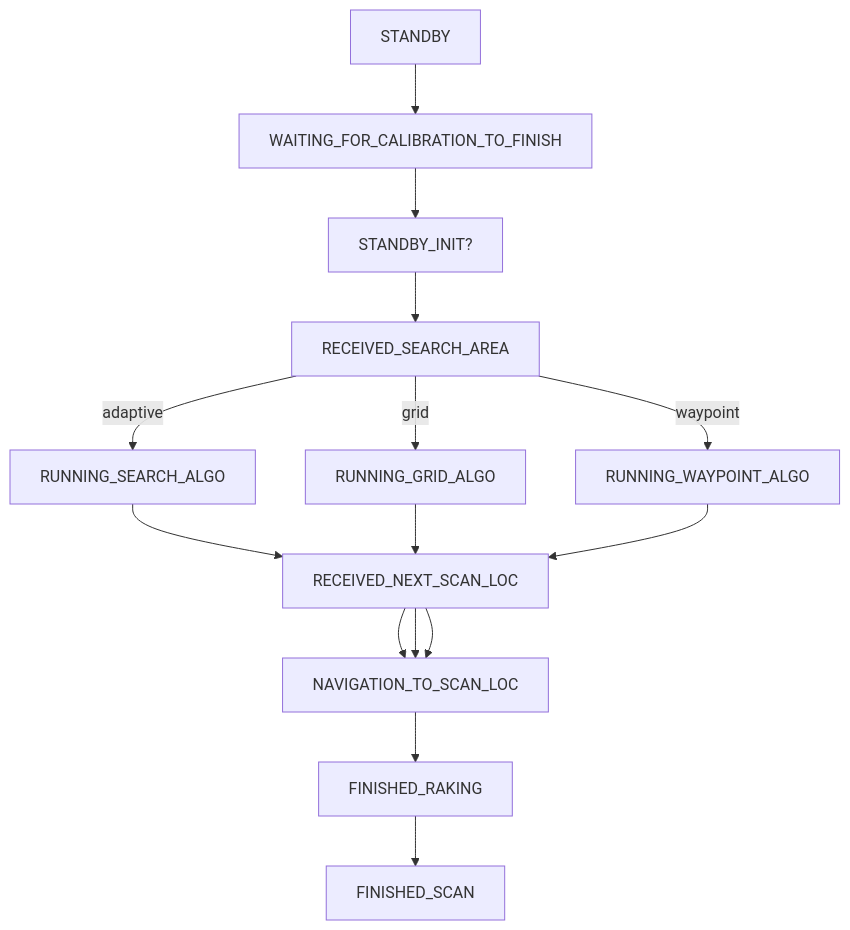
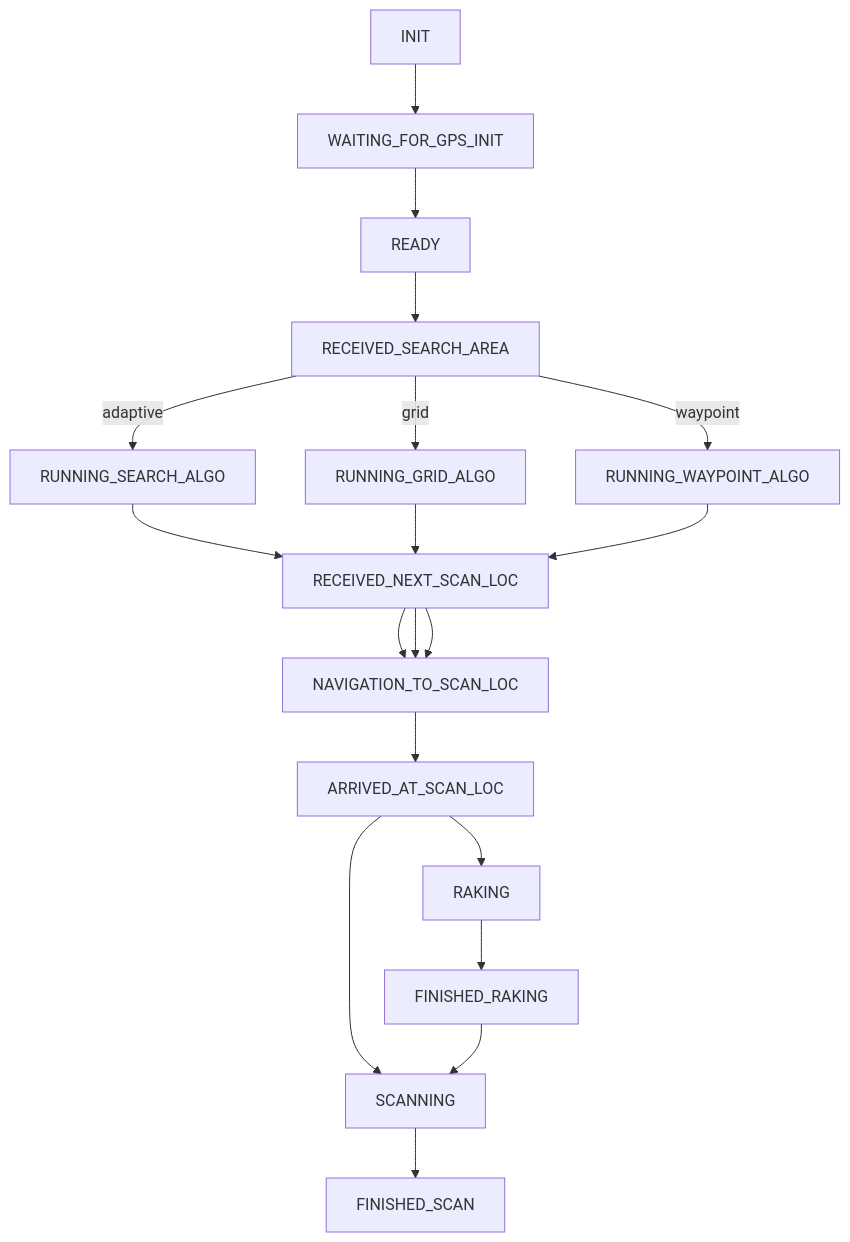
The diagram in autonomy_manager/README.md (robomechanics/environmental_robot), drawn with Mermaid before and after one commit. The commit also changed other lines of this file and 1 other file, not shown here.

Commit message:
Updated State Machine

````diff
--- a/autonomy_manager/README.md
+++ b/autonomy_manager/README.md
@@ -4,11 +4,15 @@
 ```mermaid
 flowchart TD;
-    STANDBY --> WAITING_FOR_CALIBRATION_TO_FINISH;
-    WAITING_FOR_CALIBRATION_TO_FINISH --> STANDBY_INIT?;
-    STANDBY_INIT? --> RECEIVED_SEARCH_AREA;
+    INIT --> WAITING_FOR_GPS_INIT;
+    WAITING_FOR_GPS_INIT --> READY;
+    READY --> RECEIVED_SEARCH_AREA;
     RECEIVED_SEARCH_AREA --> |adaptive| RUNNING_SEARCH_ALGO --> RECEIVED_NEXT_SCAN_LOC --> NAVIGATION_TO_SCAN_LOC;
     RECEIVED_SEARCH_AREA --> |grid| RUNNING_GRID_ALGO --> RECEIVED_NEXT_SCAN_LOC --> NAVIGATION_TO_SCAN_LOC;
+    NAVIGATION_TO_SCAN_LOC --> ARRIVED_AT_SCAN_LOC;
     RECEIVED_SEARCH_AREA --> |waypoint| RUNNING_WAYPOINT_ALGO --> RECEIVED_NEXT_SCAN_LOC --> NAVIGATION_TO_SCAN_LOC;
-    NAVIGATION_TO_SCAN_LOC --> FINISHED_RAKING --> FINISHED_SCAN;
+    ARRIVED_AT_SCAN_LOC --> RAKING;
+    ARRIVED_AT_SCAN_LOC --> SCANNING;
+    RAKING --> FINISHED_RAKING --> SCANNING;
+    SCANNING --> FINISHED_SCAN;
     
 ```
````
